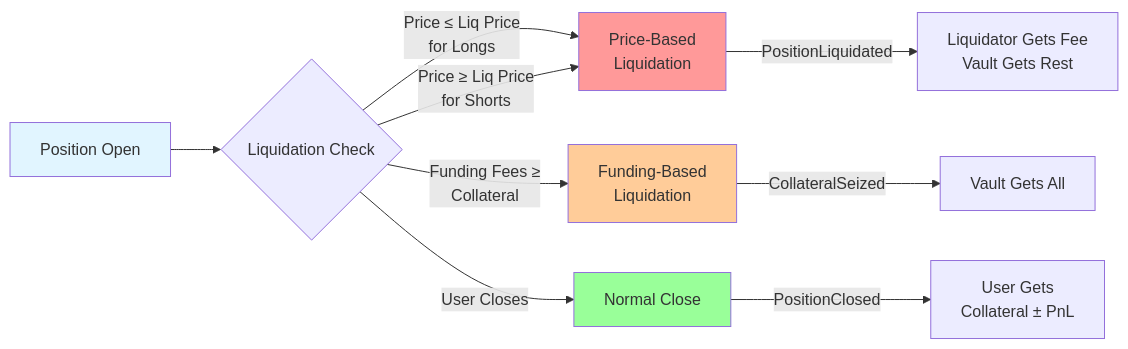
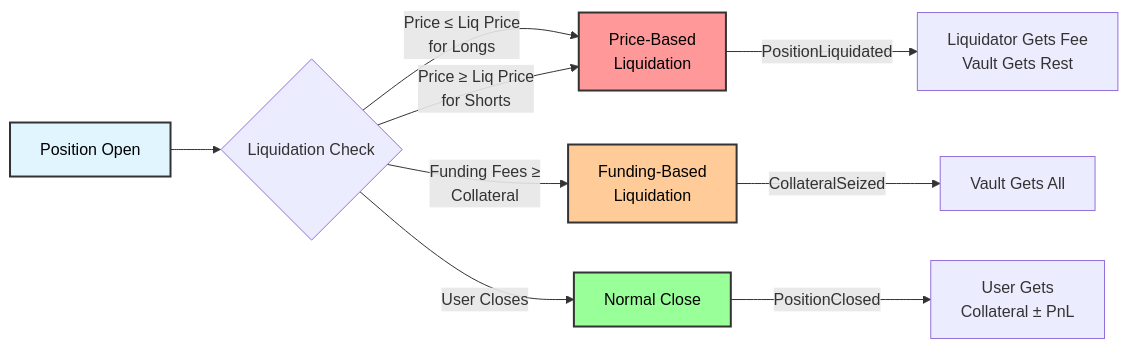
Before and after one commit to avasnap/tradestaprotocol: the third of 5 diagrams in PROTOCOL_GUIDE.md, drawn with Mermaid. The commit also changed other lines of this file, not shown here.

First line of the commit message:
Add dark text to all diagrams in PROTOCOL_GUIDE.md

````diff
--- a/PROTOCOL_GUIDE.md
+++ b/PROTOCOL_GUIDE.md
@@ -167,18 +167,18 @@
 ```mermaid
 graph LR
     P[Position Open] --> C{Liquidation Check}
 
     C -->|Price ≤ Liq Price<br/>for Longs| PL[Price-Based<br/>Liquidation]
     C -->|Price ≥ Liq Price<br/>for Shorts| PL
     C -->|Funding Fees ≥<br/>Collateral| FL[Funding-Based<br/>Liquidation]
     C -->|User Closes| NC[Normal Close]
 
     PL -->|PositionLiquidated| LF[Liquidator Gets Fee<br/>Vault Gets Rest]
     FL -->|CollateralSeized| VF[Vault Gets All]
     NC -->|PositionClosed| UR[User Gets<br/>Collateral ± PnL]
 
-    style PL fill:#ff9999
-    style FL fill:#ffcc99
-    style NC fill:#99ff99
-    style P fill:#e1f5ff
+    style PL fill:#ff9999,stroke:#333,stroke-width:2px,color:#000
+    style FL fill:#ffcc99,stroke:#333,stroke-width:2px,color:#000
+    style NC fill:#99ff99,stroke:#333,stroke-width:2px,color:#000
+    style P fill:#e1f5ff,stroke:#333,stroke-width:2px,color:#000
 ```
````
